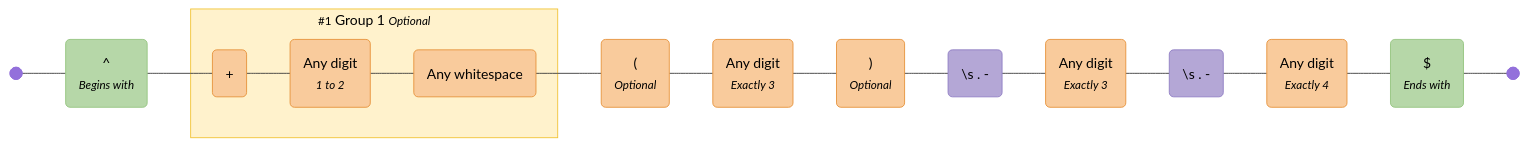
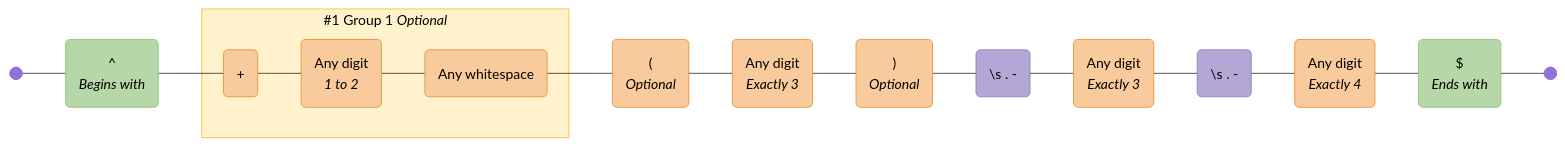
One commit to tayles/regex-to-mermaid changed the diagram in diagrams/phone-number.mermaid. Above: the diagram before and after it, drawn with Mermaid. The commit also changed 37 other files, not shown here.

```diff
--- a/diagrams/phone-number.mermaid
+++ b/diagrams/phone-number.mermaid
@@ -1,53 +1,53 @@
 graph LR
   accTitle: "Regex: ^(\\+\\d{1,2}\\s)?\\(?\\d{3}\\)?[\\s.-]\\d{3}[\\s.-]\\d{4}$"
   accDescr: "Generated with regex-to-mermaid@1.0.3"
 
   %% Nodes
   start@{ shape: f-circ };
   fin@{ shape: f-circ };
-  assertion_1("^<br><i><small>Begins with</small></i>"):::assertion;
+  assertion_1("^<br><i>Begins with</i>"):::assertion;
   literal_1("+"):::literal;
-  literal_2("Any digit<br><i><small>1 to 2</small></i>"):::literal;
+  literal_2("Any digit<br><i>1 to 2</i>"):::literal;
   literal_3("Any whitespace"):::literal;
-  literal_4("(<br><i><small>Optional</small></i>"):::literal;
-  literal_5("Any digit<br><i><small>Exactly 3</small></i>"):::literal;
-  literal_6(")<br><i><small>Optional</small></i>"):::literal;
+  literal_4("(<br><i>Optional</i>"):::literal;
+  literal_5("Any digit<br><i>Exactly 3</i>"):::literal;
+  literal_6(")<br><i>Optional</i>"):::literal;
   char_class_1("\s . -"):::char-class;
-  literal_7("Any digit<br><i><small>Exactly 3</small></i>"):::literal;
+  literal_7("Any digit<br><i>Exactly 3</i>"):::literal;
   char_class_2("\s . -"):::char-class;
-  literal_8("Any digit<br><i><small>Exactly 4</small></i>"):::literal;
-  assertion_2("$<br><i><small>Ends with</small></i>"):::assertion;
+  literal_8("Any digit<br><i>Exactly 4</i>"):::literal;
+  assertion_2("$<br><i>Ends with</i>"):::assertion;
 
   %% Subgraphs
-  subgraph standard_1 ["<small>#1</small> Group 1 <small><i>Optional</i></small>"]
+  subgraph standard_1 ["#1 Group 1 <i>Optional</i>"]
     literal_1
     literal_2
     literal_3
   end
 
   %% Edges
   start --- assertion_1;
   assertion_1 --- literal_1;
   literal_1 --- literal_2;
   literal_2 --- literal_3;
   literal_3 --- literal_4;
   literal_4 --- literal_5;
   literal_5 --- literal_6;
   literal_6 --- char_class_1;
   char_class_1 --- literal_7;
   literal_7 --- char_class_2;
   char_class_2 --- literal_8;
   literal_8 --- assertion_2;
   assertion_2 --- fin;
 
   %% Styles
   %% Node Styling
   classDef assertion fill:#B6D7A8,stroke:#93C47D,color:#000000;
   classDef literal fill:#F9CB9C,stroke:#E69138,color:#000000;
   classDef char-class fill:#B4A7D6,stroke:#8E7CC3,color:#000000;
 
   %% Group Styling
   classDef standard fill:#FFF2CC,stroke:#F1C232,color:#000000;
 
   %% Apply Group Classes
   class standard_1 standard;
```
